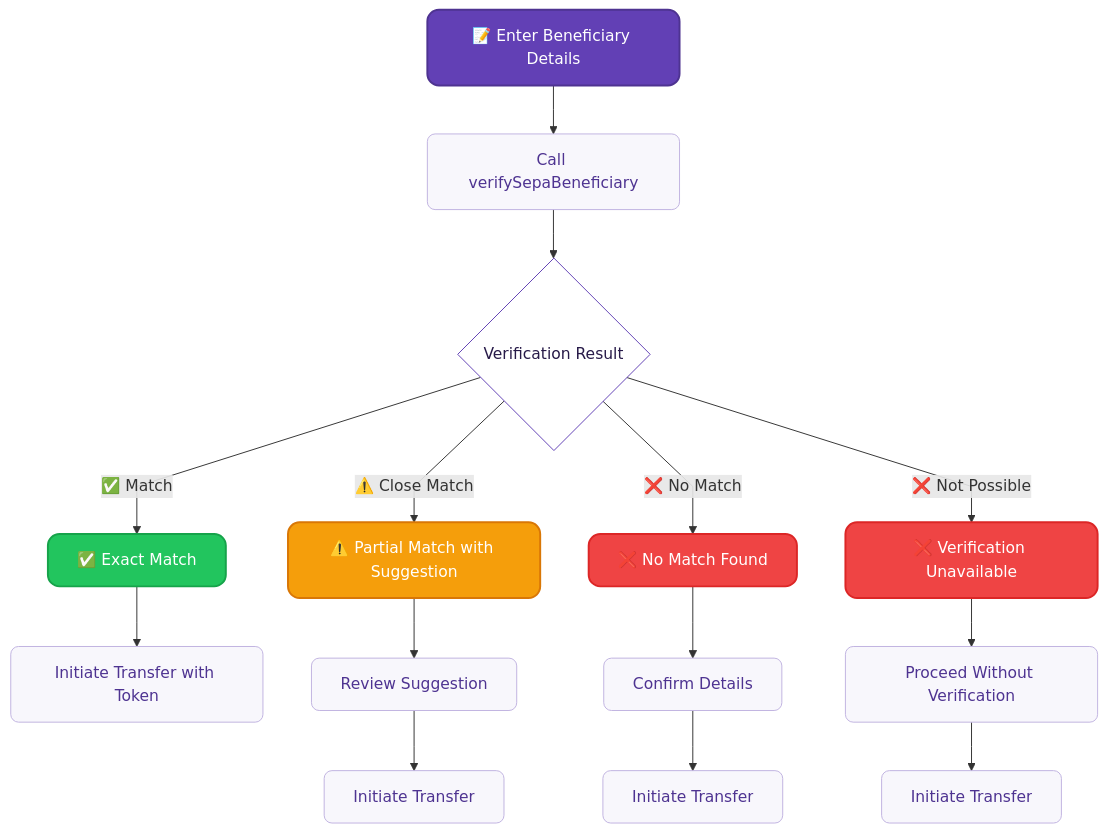
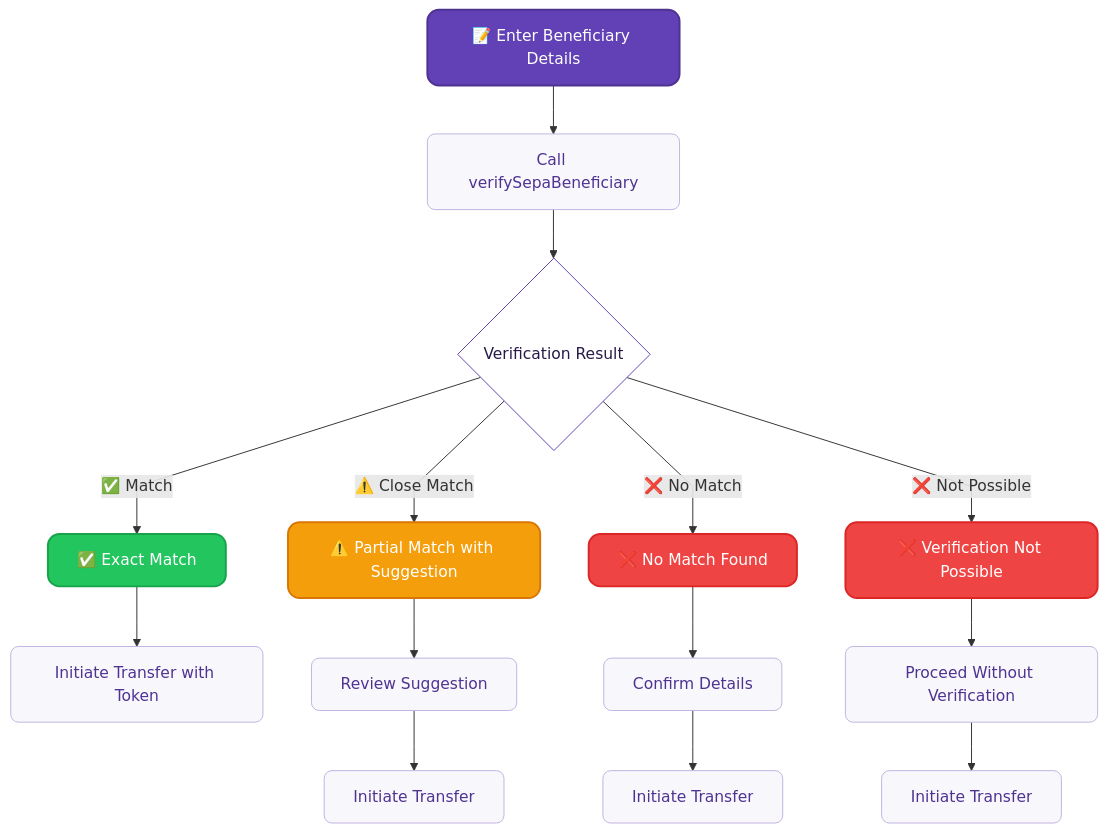
Before and after one commit to swan-io/docs: the diagram in docs/topics/payments/credit-transfers/sepa/verification-of-payee.mdx, drawn with Mermaid. The commit also changed other lines of this file, not shown here.

````diff
--- a/docs/topics/payments/credit-transfers/sepa/verification-of-payee.mdx
+++ b/docs/topics/payments/credit-transfers/sepa/verification-of-payee.mdx
@@ -51,31 +94,31 @@
 ```mermaid
 %%{ init: { 'flowchart': { 'curve': 'linear' } } }%%
 flowchart TD
     A["📝 Enter Beneficiary Details"] --> B[Call verifySepaBeneficiary]
     B --> C{Verification Result}
     C -->|"✅ Match"| D["✅ Exact Match"]
     C -->|"⚠️ Close Match"| E["⚠️ Partial Match with Suggestion"]
     C -->|"❌ No Match"| F["❌ No Match Found"]
-    C -->|"❌ Not Possible"| G["❌ Verification Unavailable"]
+    C -->|"❌ Not Possible"| G["❌ Verification Not Possible"]
     D --> H[Initiate Transfer with Token]
     E --> I[Review Suggestion]
     F --> J[Confirm Details]
     G --> K[Proceed Without Verification]
     I --> L[Initiate Transfer]
     J --> M[Initiate Transfer]
     K --> N[Initiate Transfer]
     
     classDef default fill:#ffffff,stroke:#6240b5,stroke-width:1px,color:#271a48,rx:12,ry:12
     classDef input fill:#6240b5,stroke:#4e3391,stroke-width:2px,color:#ffffff,rx:12,ry:12
     classDef decision fill:#6240b5,stroke:#4e3391,stroke-width:2px,color:#ffffff,rx:20,ry:20
     classDef success fill:#22c55e,stroke:#16a34a,stroke-width:2px,color:#ffffff,rx:12,ry:12
     classDef warning fill:#f59e0b,stroke:#d97706,stroke-width:2px,color:#ffffff,rx:12,ry:12
     classDef error fill:#ef4444,stroke:#dc2626,stroke-width:2px,color:#ffffff,rx:12,ry:12
     classDef process fill:#f8f7fc,stroke:#c0b3e1,stroke-width:1px,color:#4e3391,rx:8,ry:8
     
     class A input
     class D success
     class E warning
     class F,G error
     class B,H,I,J,K,L,M,N process
 ```
````
